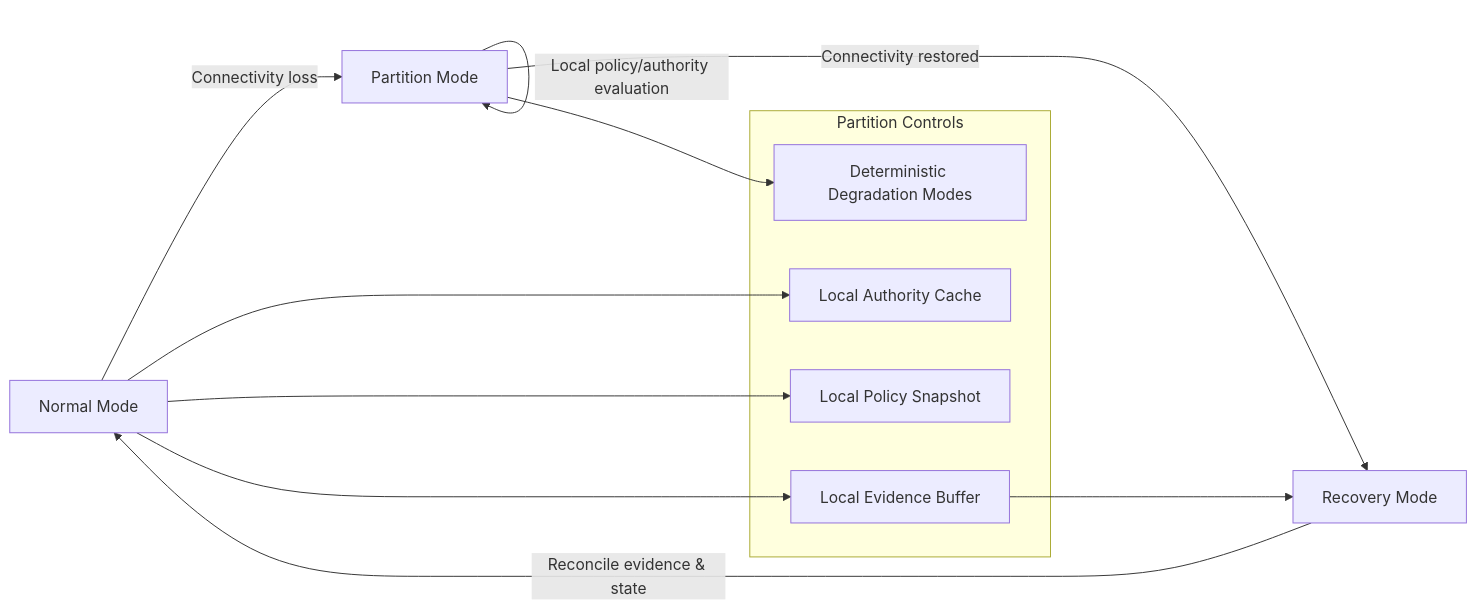
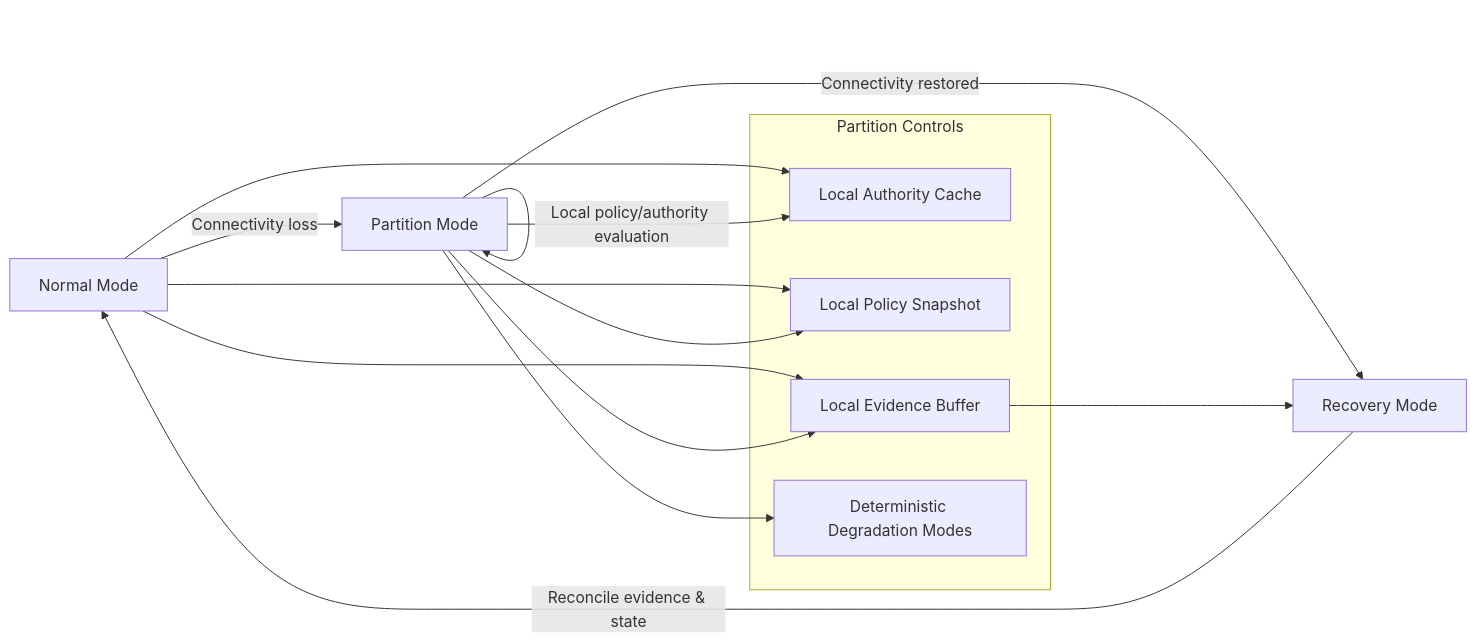
Before and after one commit to kevin-biot/Euro-Cloud-Substrate: the diagram in architecture/crp.md, drawn with Mermaid. The commit also changed 1 other file, not shown here.

Commit message:
Update architecture overview and CRP flow

````diff
--- a/architecture/crp.md
+++ b/architecture/crp.md
@@ -3,20 +3,23 @@
 ```mermaid
 flowchart LR
     A[Normal Mode] -->|Connectivity loss| B[Partition Mode]
     B -->|Local policy/authority evaluation| B
     B -->|Connectivity restored| C[Recovery Mode]
     C -->|Reconcile evidence & state| A
 
     subgraph Partition Controls
       B1[Local Authority Cache]
       B2[Local Policy Snapshot]
       B3[Local Evidence Buffer]
       B4[Deterministic Degradation Modes]
     end
 
     A --> B1
     A --> B2
     A --> B3
+    B --> B1
+    B --> B2
+    B --> B3
     B --> B4
     B3 --> C
 ```
````
